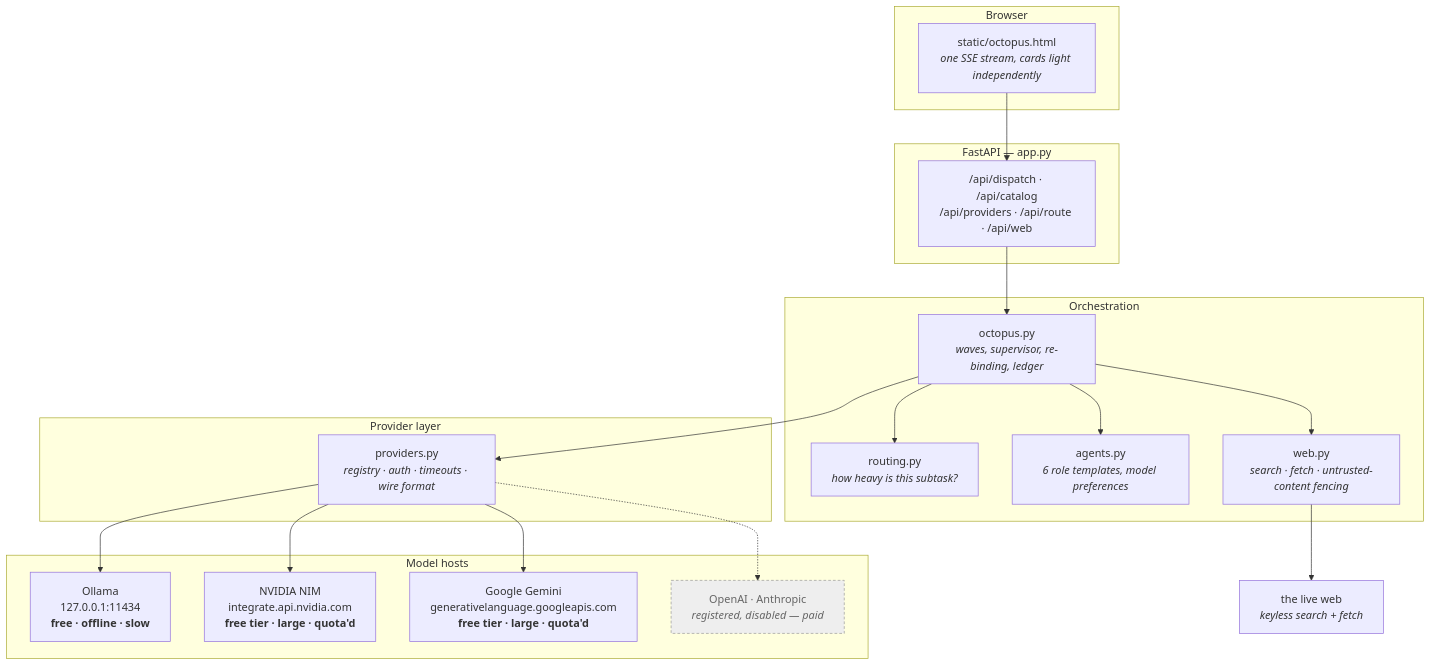
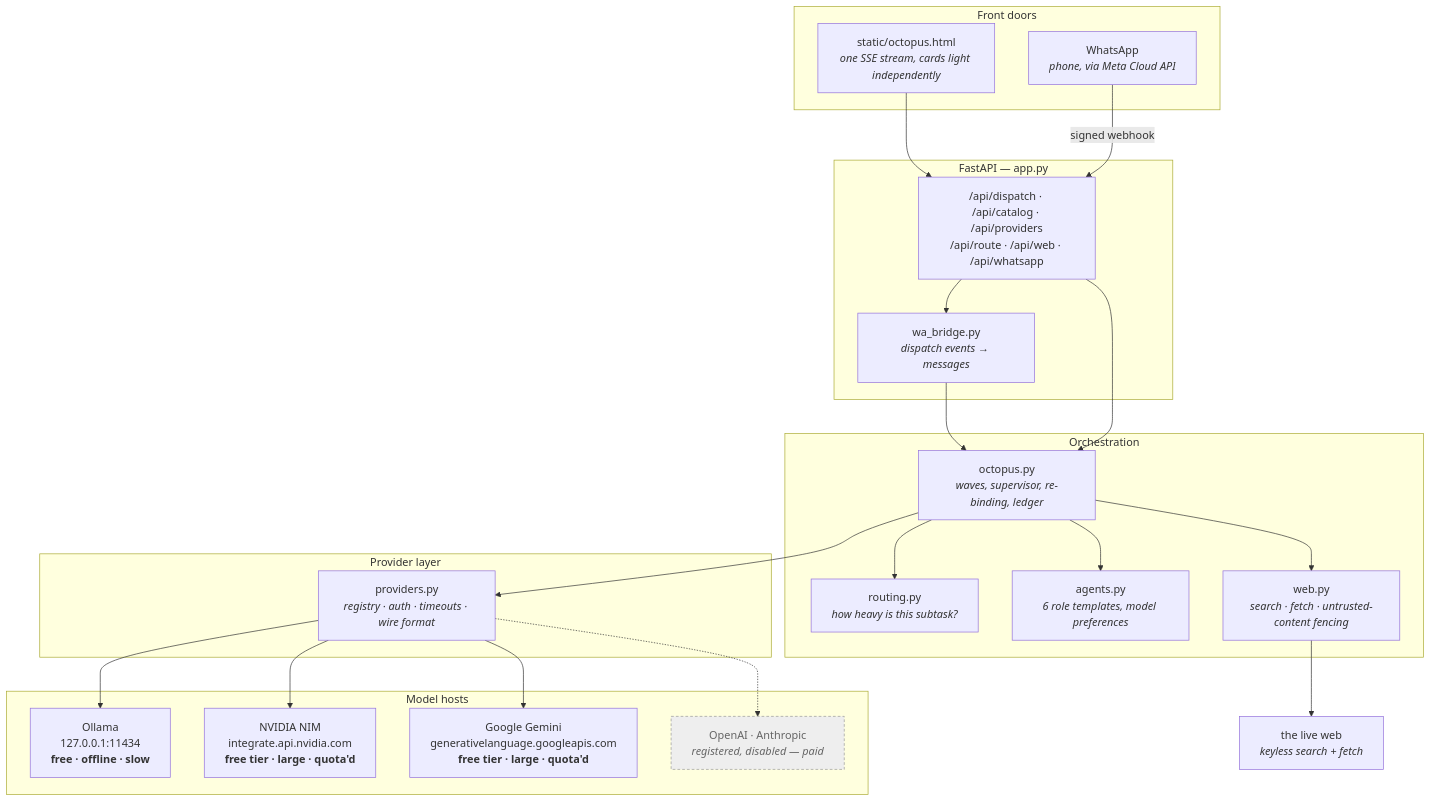
The first of 6 diagrams in docs/ARCHITECTURE.md (Bablu-singh/octopus-nim), drawn with Mermaid before and after one commit. The commit also changed other lines of this file and 6 other files, not shown here.

First line of the commit message:
Drive the agent pool from WhatsApp

````diff
--- a/docs/ARCHITECTURE.md
+++ b/docs/ARCHITECTURE.md
@@ -23,42 +23,47 @@
 ```mermaid
 flowchart TB
-    subgraph browser["Browser"]
+    subgraph clients["Front doors"]
         UI["static/octopus.html<br/><i>one SSE stream, cards light independently</i>"]
+        WA["WhatsApp<br/><i>phone, via Meta Cloud API</i>"]
     end
 
     subgraph server["FastAPI — app.py"]
-        API["/api/dispatch · /api/catalog<br>/api/providers · /api/route · /api/web"]
+        API["/api/dispatch · /api/catalog · /api/providers<br>/api/route · /api/web · /api/whatsapp"]
+        BR["wa_bridge.py<br/><i>dispatch events → messages</i>"]
     end
 
     subgraph brain["Orchestration"]
         OCT["octopus.py<br/><i>waves, supervisor, re-binding, ledger</i>"]
         ROUTE["routing.py<br/><i>how heavy is this subtask?</i>"]
         AG["agents.py<br/><i>6 role templates, model preferences</i>"]
         WEB["web.py<br/><i>search · fetch · untrusted-content fencing</i>"]
     end
 
     subgraph transport["Provider layer"]
         PROV["providers.py<br/><i>registry · auth · timeouts · wire format</i>"]
     end
 
     subgraph outside["Model hosts"]
         LOCAL["Ollama<br/>127.0.0.1:11434<br/><b>free · offline · slow</b>"]
         NIM["NVIDIA NIM<br/>integrate.api.nvidia.com<br/><b>free tier · large · quota'd</b>"]
         GEM["Google Gemini<br/>generativelanguage.googleapis.com<br/><b>free tier · large · quota'd</b>"]
         FUTURE["OpenAI · Anthropic<br/><i>registered, disabled — paid</i>"]
     end
 
-    UI --> API --> OCT
+    UI --> API
+    WA -->|"signed webhook"| API
+    API --> BR --> OCT
+    API --> OCT
     OCT --> ROUTE
     OCT --> AG
     OCT --> WEB
     OCT --> PROV
     WEB --> INET["the live web<br/><i>keyless search + fetch</i>"]
     PROV --> LOCAL
     PROV --> NIM
     PROV --> GEM
     PROV -.-> FUTURE
 
     classDef off fill:#eee,stroke:#999,color:#666,stroke-dasharray:4 3
     class FUTURE off
 ```
````
